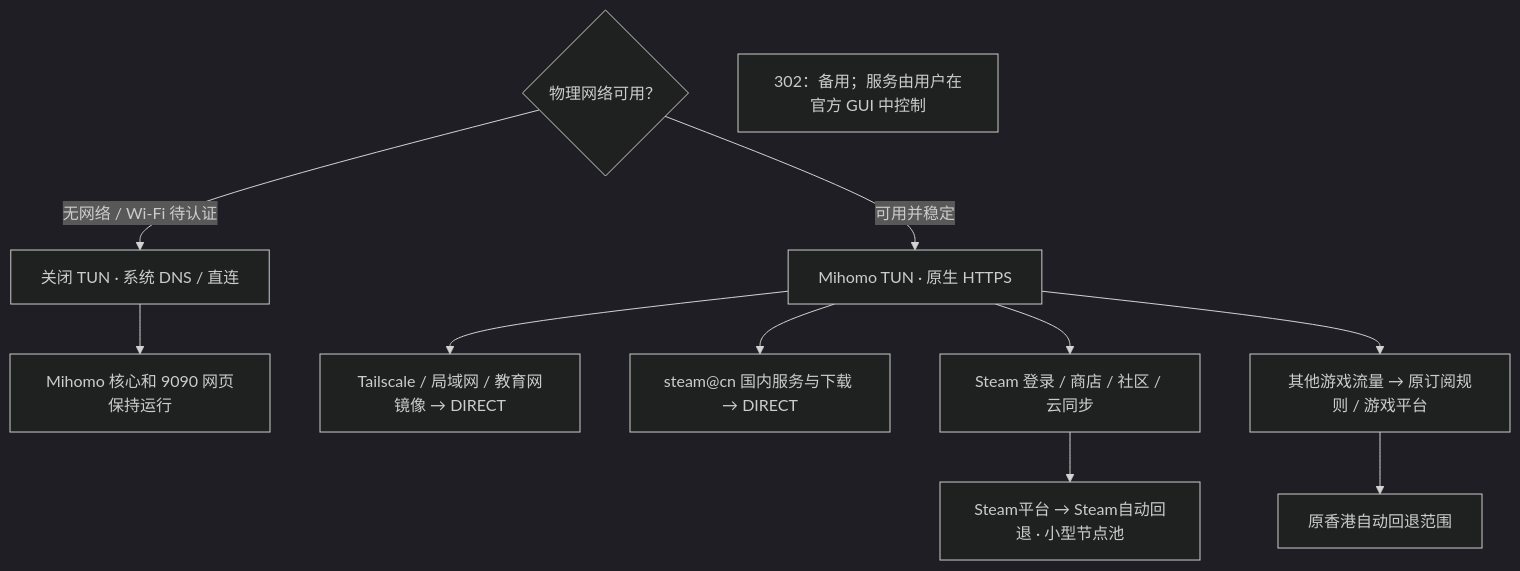
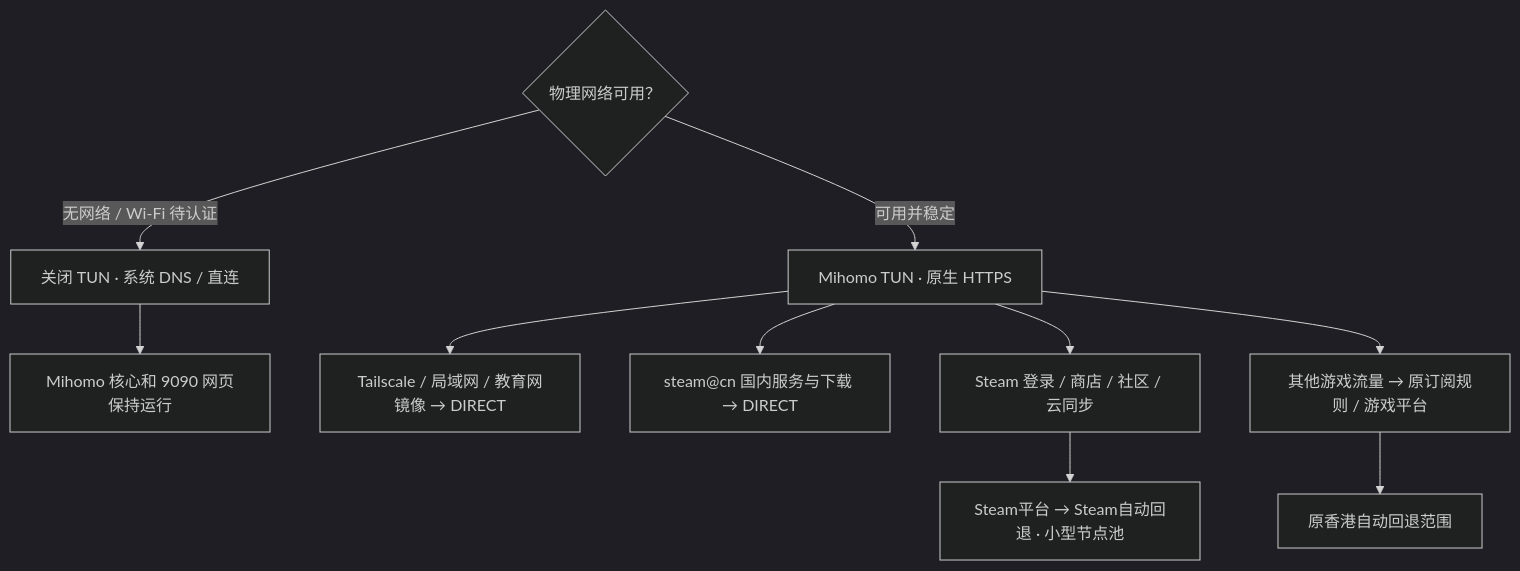
Before and after one commit to marc-shen/workbench: the diagram in docs/steamdeck-network.md, drawn with Mermaid (dark theme). The commit also changed other lines of this file and 12 other files, not shown here.

````diff
--- a/docs/steamdeck-network.md
+++ b/docs/steamdeck-network.md
@@ -10,13 +9,12 @@
 ```mermaid
 flowchart TD
     link{"物理网络可用？"} -->|无网络 / Wi-Fi 待认证| native["关闭 TUN · 系统 DNS / 直连"]
     link -->|可用并稳定| tun["Mihomo TUN · 原生 HTTPS"]
     native --> ui["Mihomo 核心和 9090 网页保持运行"]
     tun --> local["Tailscale / 局域网 / 教育网镜像 → DIRECT"]
     tun --> cn["steam@cn 国内服务与下载 → DIRECT"]
     tun --> steam["Steam 登录 / 商店 / 社区 / 云同步"]
     steam --> pool["Steam平台 → Steam自动回退 · 小型节点池"]
     tun --> games["其他游戏流量 → 原订阅规则 / 游戏平台"]
     games --> hk["原香港自动回退范围"]
-    backup["302：备用；服务由用户在官方 GUI 中控制"]
 ```
````
